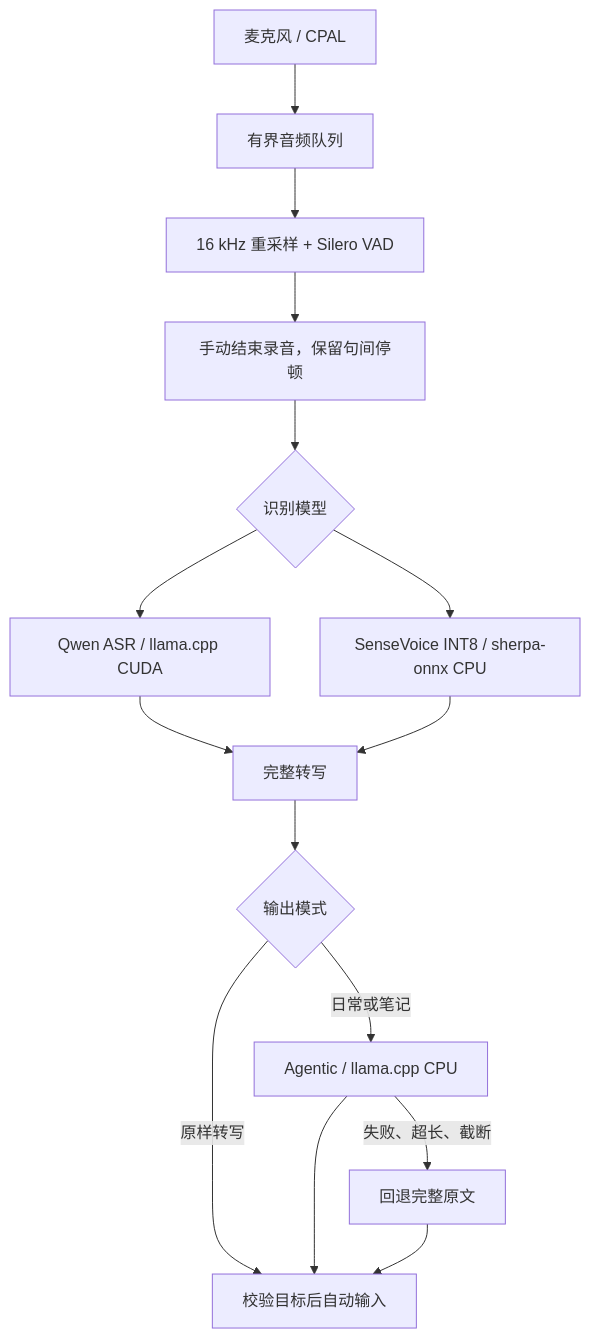
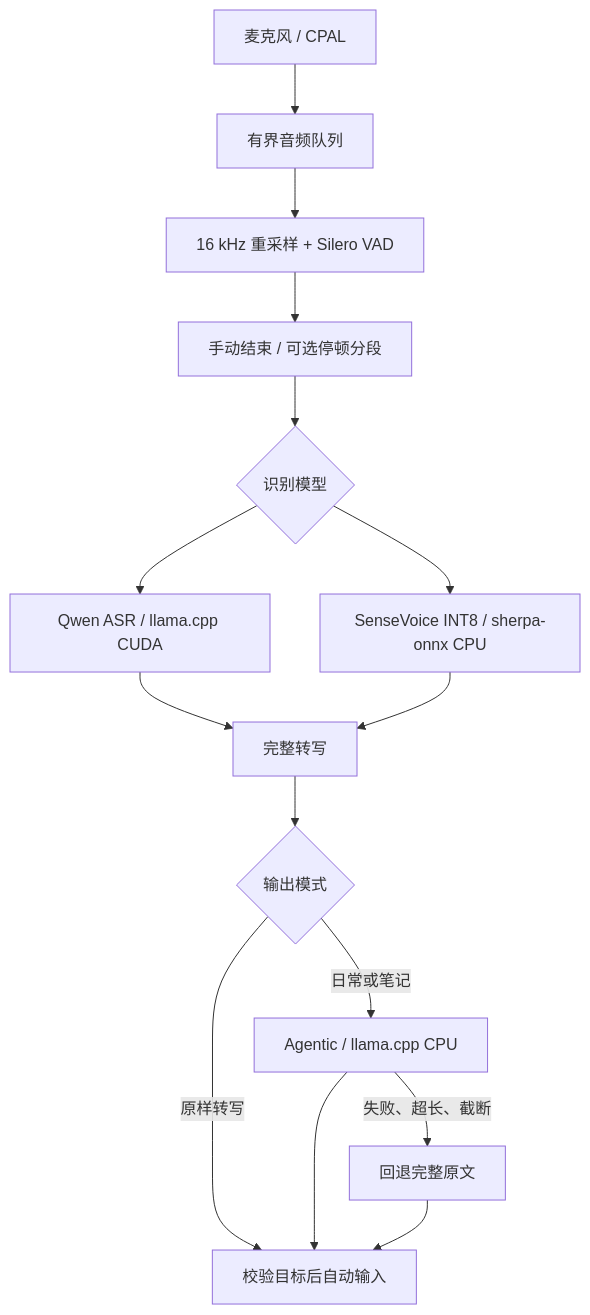
The diagram in docs/native-runtime.md (wht-github/LocalVoice), drawn with Mermaid before and after one commit. The commit also changed other lines of this file and 15 other files, not shown here.

````diff
--- a/docs/native-runtime.md
+++ b/docs/native-runtime.md
@@ -7,17 +7,17 @@
 ```mermaid
 flowchart TD
     Mic[麦克风 / CPAL] --> Queue[有界音频队列]
     Queue --> VAD[16 kHz 重采样 + Silero VAD]
-    VAD --> Stop[手动结束录音，保留句间停顿]
+    VAD --> Stop[手动结束 / 可选停顿分段]
     Stop --> ASR{识别模型}
     ASR --> Qwen[Qwen ASR / llama.cpp CUDA]
     ASR --> Sense[SenseVoice INT8 / sherpa-onnx CPU]
     Qwen --> Original[完整转写]
     Sense --> Original
     Original --> Mode{输出模式}
     Mode -->|原样转写| Deliver[校验目标后自动输入]
     Mode -->|日常或笔记| Agentic[Agentic / llama.cpp CPU]
     Agentic --> Deliver
     Agentic -->|失败、超长、截断| Fallback[回退完整原文]
     Fallback --> Deliver
 ```
````
